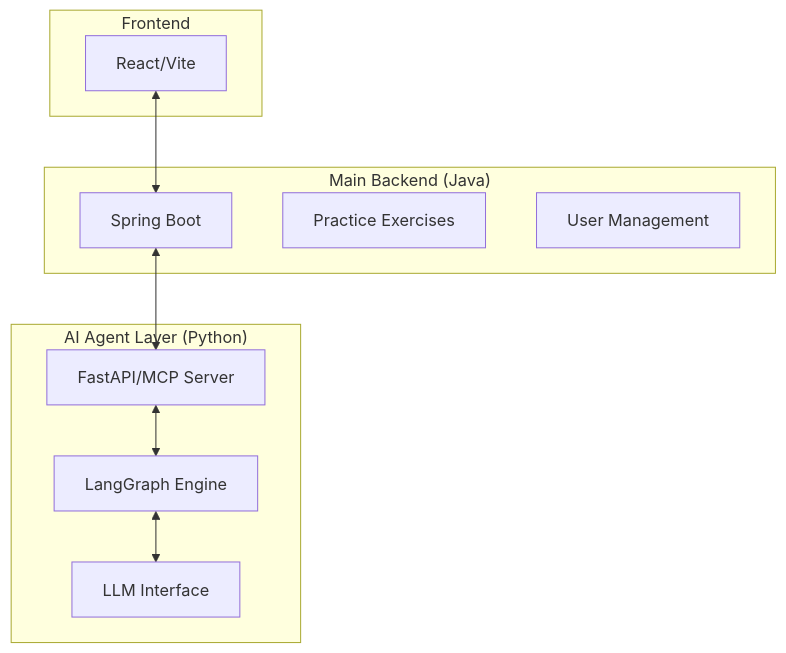
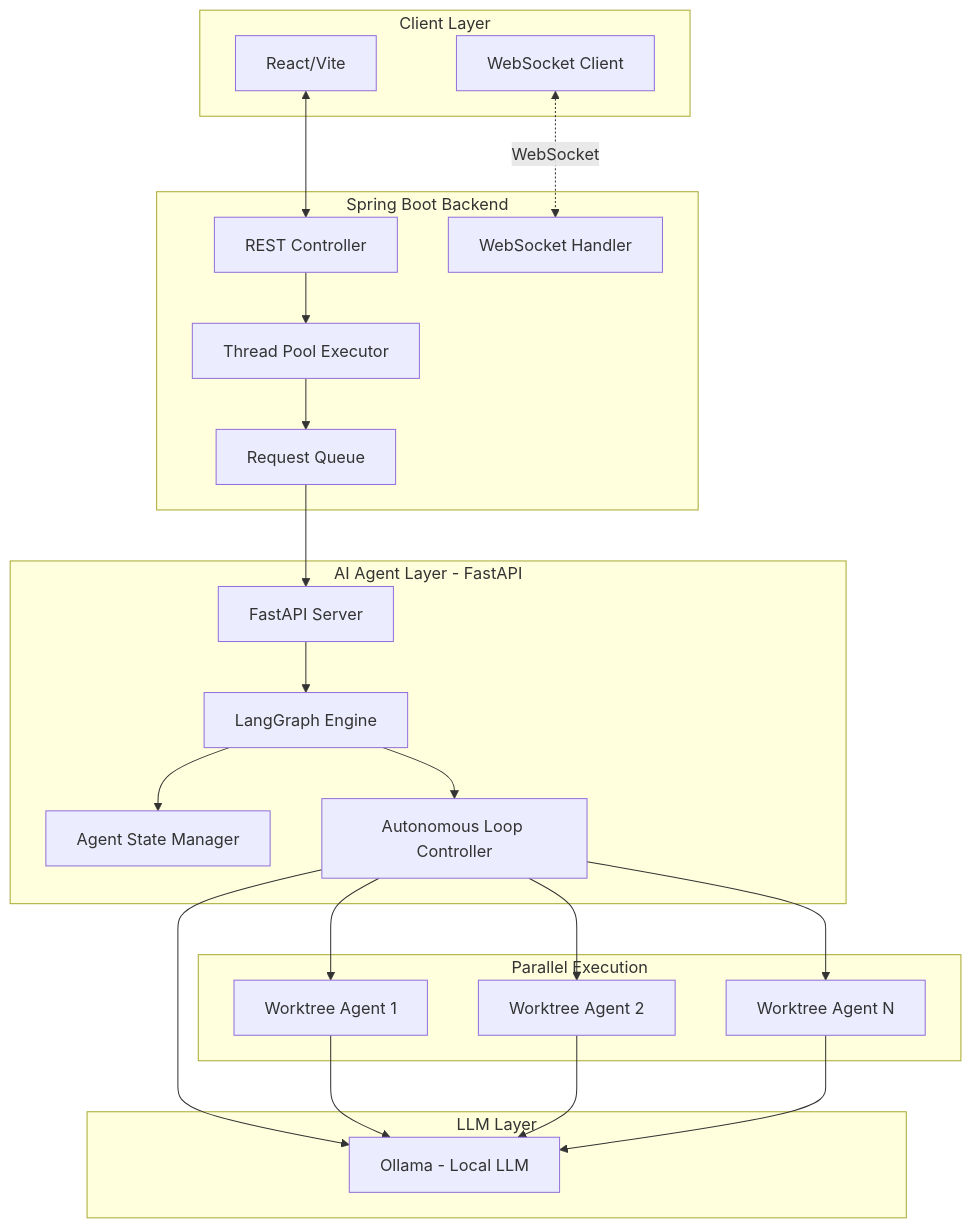
Before and after one commit to heejae101/developer-onboarding: the diagram in 03_설계/기술_아키텍처_제안서.md, drawn with Mermaid. The commit also changed other lines of this file and 18 other files, not shown here.

````diff
--- a/03_설계/기술_아키텍처_제안서.md
+++ b/03_설계/기술_아키텍처_제안서.md
@@ -13,21 +29,47 @@
 ```mermaid
 graph TD
-    subgraph Frontend
+    subgraph "Client Layer"
         A[React/Vite]
+        A1[WebSocket Client]
     end
-    subgraph "Main Backend (Java)"
-        B[Spring Boot]
-        C[Practice Exercises]
-        D[User Management]
+    
+    subgraph "Spring Boot Backend"
+        B[REST Controller]
+        B1[WebSocket Handler]
+        B2[Thread Pool Executor]
+        B3[Request Queue]
     end
-    subgraph "AI Agent Layer (Python)"
-        E[FastAPI/MCP Server]
-        F[LangGraph Engine]
-        G[LLM Interface]
+    
+    subgraph "AI Agent Layer - FastAPI"
+        C[FastAPI Server]
+        C1[LangGraph Engine]
+        C2[Agent State Manager]
+        C3[Autonomous Loop Controller]
+    end
+    
+    subgraph "LLM Layer"
+        D[Ollama - Local LLM]
+    end
+    
+    subgraph "Parallel Execution"
+        E1[Worktree Agent 1]
+        E2[Worktree Agent 2]
+        E3[Worktree Agent N]
     end
     
     A <--> B
-    B <--> E
-    E <--> F
-    F <--> G
+    A1 <-.WebSocket.-> B1
+    B --> B2
+    B2 --> B3
+    B3 --> C
+    C --> C1
+    C1 --> C2
+    C1 --> C3
+    C3 --> D
+    C3 --> E1
+    C3 --> E2
+    C3 --> E3
+    E1 --> D
+    E2 --> D
+    E3 --> D
 ```
````
